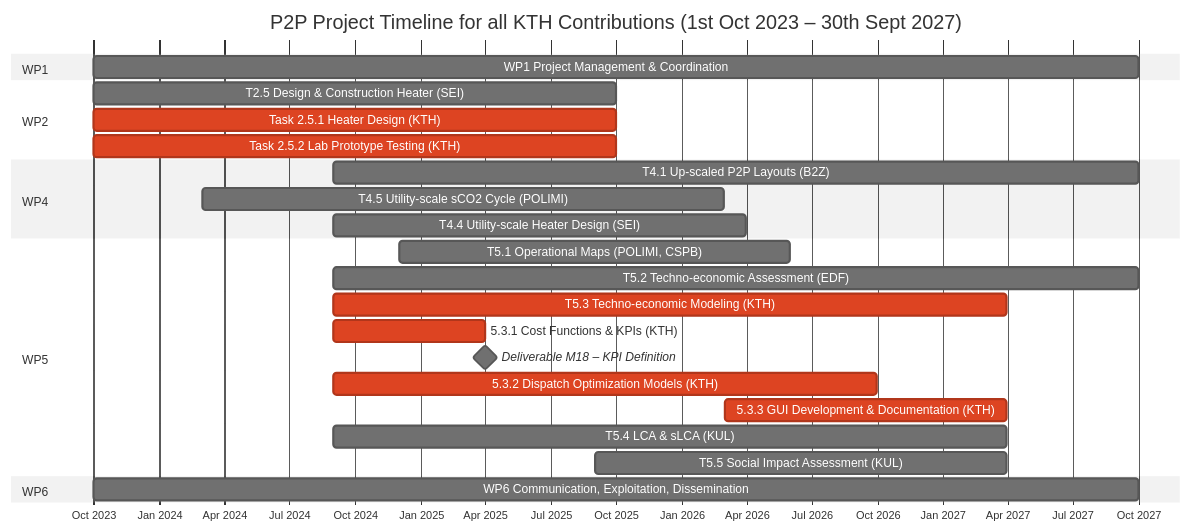
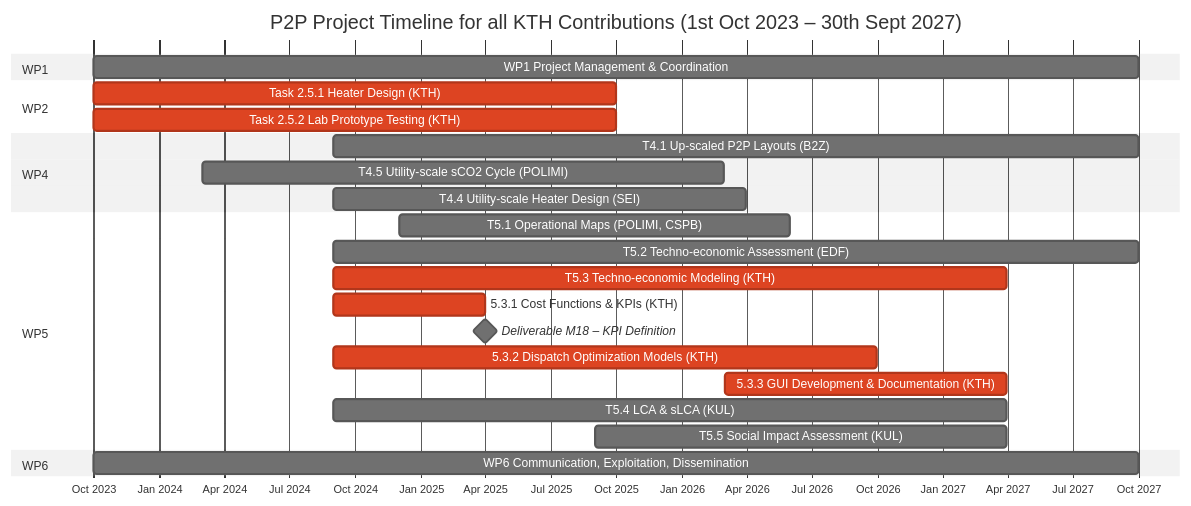
The diagram in README.md (sarabjorkegren/Diverse), drawn with Mermaid (neutral theme) before and after one commit. The commit also changed other lines of this file, not shown here.

````diff
--- a/README.md
+++ b/README.md
@@ -42,38 +2,37 @@
 ```mermaid
 gantt
     title P2P Project Timeline for all KTH Contributions (1st Oct 2023 – 30th Sept 2027)
     dateFormat  YYYY-MM-DD
     axisFormat  %b %Y
 
     %% =========================
     section WP1 
     WP1 Project Management & Coordination :wp1, 2023-10-01, 2027-10-01
 
     %% =========================
     section WP2 
-    T2.5 Design & Construction Heater (SEI) :wp2a, 2023-10-01, 2025-09-30
     Task 2.5.1 Heater Design (KTH) :crit, wp2b, 2023-10-01, 2025-09-30
     Task 2.5.2 Lab Prototype Testing (KTH) :crit, wp2c, 2023-10-01, 2025-09-30
 
     %% =========================
     section WP4 
     T4.1 Up-scaled P2P Layouts (B2Z) :wp4b, 2024-09-01, 2027-10-01
     T4.5 Utility-scale sCO2 Cycle (POLIMI) :wp4a, 2024-03-01, 2026-02-28
     T4.4 Utility-scale Heater Design (SEI) :wp4d, 2024-09-01, 2026-03-31
 
     %% =========================
     section WP5 
     T5.1 Operational Maps (POLIMI, CSPB) :wp5f, 2024-12-01, 2026-05-31
     T5.2 Techno-economic Assessment (EDF) :wp5a, 2024-09-01, 2027-10-01
     T5.3 Techno-economic Modeling (KTH) :crit, wp5b, 2024-09-01, 2027-03-31
     5.3.1 Cost Functions & KPIs (KTH) :crit, wp5c, 2024-09-01, 2025-03-31
     Deliverable M18 – KPI Definition :milestone, m18, 2025-03-31, 0d
     5.3.2 Dispatch Optimization Models (KTH) :crit, wp5d, 2024-09-01, 2026-09-30
     5.3.3 GUI Development & Documentation (KTH) :crit, wp5e, 2026-03-01, 2027-03-31
     T5.4 LCA & sLCA (KUL) :wp5g, 2024-09-01, 2027-03-31
     T5.5 Social Impact Assessment (KUL) :wp5h, 2025-09-01, 2027-03-31
 
     %% =========================
     section WP6 
     WP6 Communication, Exploitation, Dissemination :wp6a, 2023-10-01, 2027-10-01
 ```
````
